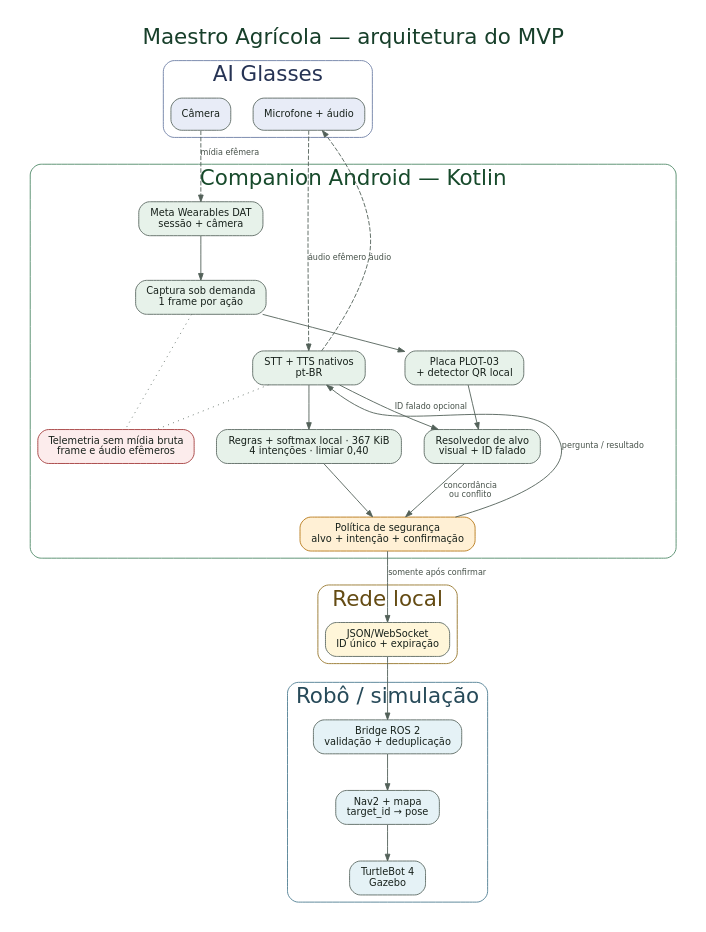
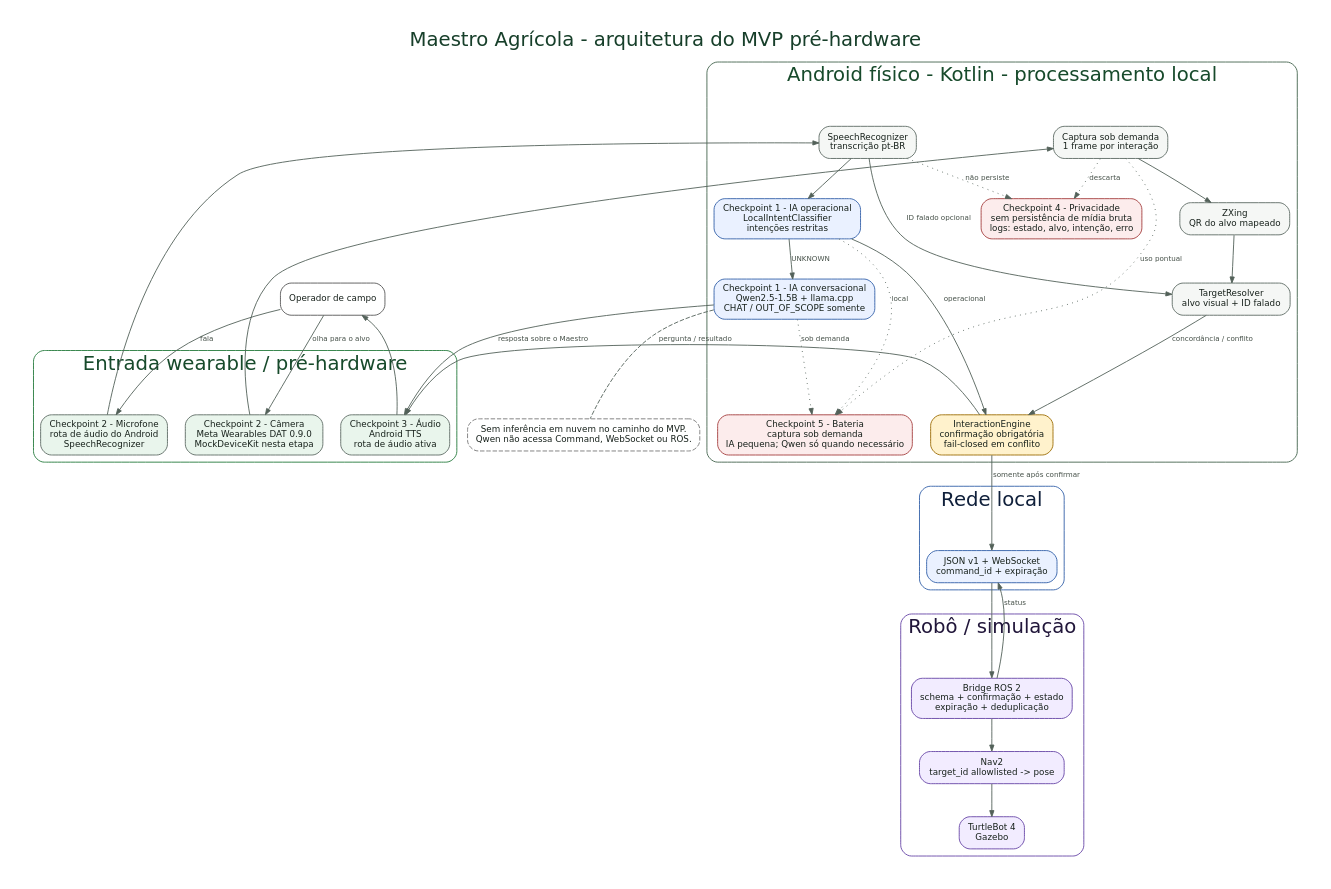
One commit to vvvvvdal/maestro-agricola changed the diagram in docs/submission/architecture.dot. Above: the diagram before and after it, drawn with Graphviz. The commit also changed 3 other files, not shown here.

```diff
--- a/docs/submission/architecture.dot
+++ b/docs/submission/architecture.dot
@@ -1,48 +1,63 @@
 digraph MaestroAgricola {
-  graph [rankdir=TB, bgcolor="white", pad="0.25", nodesep="0.35", ranksep="0.55", fontname="DejaVu Sans", labelloc="t", label="Maestro Agrícola — arquitetura do MVP", fontsize=24, fontcolor="#173F2A"];
-  node [shape=box, style="rounded,filled", fontname="DejaVu Sans", fontsize=11, margin="0.16,0.10", color="#5D6A63", fontcolor="#17211B"];
-  edge [fontname="DejaVu Sans", fontsize=9, color="#536159", fontcolor="#465149", arrowsize=0.75];
+  graph [rankdir=TB, bgcolor="white", pad="0.30", nodesep="0.28", ranksep="0.50", fontname="DejaVu Sans", labelloc="t", label="Maestro Agrícola - arquitetura do MVP pré-hardware", fontsize=22, fontcolor="#173F2A"];
+  node [shape=box, style="rounded,filled", fontname="DejaVu Sans", fontsize=9.8, margin="0.14,0.09", color="#5D6A63", fontcolor="#17211B"];
+  edge [fontname="DejaVu Sans", fontsize=8.0, color="#536159", fontcolor="#465149", arrowsize=0.68];
 
-  subgraph cluster_glasses {
-    label="AI Glasses"; color="#6F7FA6"; fontcolor="#263354"; style="rounded";
-    CAM [label="Câmera", fillcolor="#E8ECF7"];
-    AUD [label="Microfone + áudio", fillcolor="#E8ECF7"];
+  U [label="Operador de campo", fillcolor="#FFFFFF", color="#555555"];
+
+  subgraph cluster_wearable {
+    label="Entrada wearable / pré-hardware"; color="#237A3B"; fontcolor="#174A2B"; style="rounded";
+    CAM [label="Checkpoint 2 - Câmera\nMeta Wearables DAT 0.9.0\nMockDeviceKit nesta etapa", fillcolor="#E9F5EC"];
+    MIC [label="Checkpoint 2 - Microfone\nrota de áudio do Android\nSpeechRecognizer", fillcolor="#E9F5EC"];
+    OUT [label="Checkpoint 3 - Áudio\nAndroid TTS\nrota de áudio ativa", fillcolor="#E9F5EC"];
   }
 
-  subgraph cluster_mobile {
-    label="Companion Android — Kotlin"; color="#4F8A68"; fontcolor="#174A2B"; style="rounded";
-    DAT [label="Meta Wearables DAT\nsessão + câmera", fillcolor="#E7F2EA"];
-    FRAME [label="Captura sob demanda\n1 frame por ação", fillcolor="#E7F2EA"];
-    QR [label="Placa PLOT-03\n+ detector QR local", fillcolor="#E7F2EA"];
-    VOICE [label="STT + TTS nativos\npt-BR", fillcolor="#E7F2EA"];
-    AI [label="Regras + softmax local · 367 KiB\n4 intenções · limiar 0,40", fillcolor="#E7F2EA"];
-    TARGET [label="Resolvedor de alvo\nvisual + ID falado", fillcolor="#E7F2EA"];
-    FSM [label="Política de segurança\nalvo + intenção + confirmação", fillcolor="#FFF0D5", color="#B77816"];
-    PRIV [label="Telemetria sem mídia bruta\nframe e áudio efêmeros", fillcolor="#FCECEC", color="#A33C3C"];
+  subgraph cluster_android {
+    label="Android físico - Kotlin - processamento local"; color="#43634D"; fontcolor="#174A2B"; style="rounded";
+    FRAME [label="Captura sob demanda\n1 frame por interação", fillcolor="#F5F7F5"];
+    QR [label="ZXing\nQR do alvo mapeado", fillcolor="#F5F7F5"];
+    STT [label="SpeechRecognizer\ntranscrição pt-BR", fillcolor="#F5F7F5"];
+    OPAI [label="Checkpoint 1 - IA operacional\nLocalIntentClassifier\nintenções restritas", fillcolor="#EAF1FF", color="#315FA8"];
+    TARGET [label="TargetResolver\nalvo visual + ID falado", fillcolor="#F5F7F5"];
+    SAFE [label="InteractionEngine\nconfirmação obrigatória\nfail-closed em conflito", fillcolor="#FFF2CC", color="#9A6A00"];
+    QWEN [label="Checkpoint 1 - IA conversacional\nQwen2.5-1.5B + llama.cpp\nCHAT / OUT_OF_SCOPE somente", fillcolor="#EAF1FF", color="#315FA8"];
+    PRIV [label="Checkpoint 4 - Privacidade\nsem persistência de mídia bruta\nlogs: estado, alvo, intenção, erro", fillcolor="#FCECEC", color="#A33C3C"];
+    BATT [label="Checkpoint 5 - Bateria\ncaptura sob demanda\nIA pequena; Qwen só quando necessário", fillcolor="#FCECEC", color="#A33C3C"];
   }
 
   subgraph cluster_network {
-    label="Rede local"; color="#96752A"; fontcolor="#644B13"; style="rounded";
-    WS [label="JSON/WebSocket\nID único + expiração", fillcolor="#FFF6D9"];
+    label="Rede local"; color="#315FA8"; fontcolor="#10203B"; style="rounded";
+    WS [label="JSON v1 + WebSocket\ncommand_id + expiração", fillcolor="#EAF1FF", color="#315FA8"];
   }
 
   subgraph cluster_robot {
-    label="Robô / simulação"; color="#4F7E92"; fontcolor="#274A59"; style="rounded";
-    BRIDGE [label="Bridge ROS 2\nvalidação + deduplicação", fillcolor="#E5F2F6"];
-    NAV [label="Nav2 + mapa\ntarget_id → pose", fillcolor="#E5F2F6"];
-    TB4 [label="TurtleBot 4\nGazebo", fillcolor="#E5F2F6"];
+    label="Robô / simulação"; color="#6644A6"; fontcolor="#21163A"; style="rounded";
+    BR [label="Bridge ROS 2\nschema + confirmação + estado\nexpiração + deduplicação", fillcolor="#F2ECFF", color="#6644A6"];
+    NAV [label="Nav2\ntarget_id allowlisted -> pose", fillcolor="#F2ECFF", color="#6644A6"];
+    TB [label="TurtleBot 4\nGazebo", fillcolor="#F2ECFF", color="#6644A6"];
   }
 
-  CAM -> DAT [style=dashed, label="mídia efêmera"];
-  DAT -> FRAME -> QR -> TARGET;
-  AUD -> VOICE [style=dashed, label="áudio efêmero"];
-  VOICE -> AI -> FSM;
-  VOICE -> TARGET [label="ID falado opcional"];
-  TARGET -> FSM [label="concordância\nou conflito"];
-  FSM -> VOICE [label="pergunta / resultado", constraint=false];
-  VOICE -> AUD [style=dashed, label="áudio", constraint=false];
-  FSM -> WS [label="somente após confirmar"];
-  WS -> BRIDGE -> NAV -> TB4;
-  FRAME -> PRIV [style=dotted, arrowhead=none];
-  VOICE -> PRIV [style=dotted, arrowhead=none];
+  NOTE [label="Sem inferência em nuvem no caminho do MVP.\nQwen não acessa Command, WebSocket ou ROS.", fillcolor="#FFFFFF", color="#777777", style="rounded,dashed"];
+
+  U -> CAM [label="olha para o alvo"];
+  CAM -> FRAME -> QR -> TARGET;
+  U -> MIC [label="fala"];
+  MIC -> STT -> OPAI;
+  STT -> TARGET [label="ID falado opcional"];
+  OPAI -> SAFE [label="operacional"];
+  OPAI -> QWEN [label="UNKNOWN"];
+  TARGET -> SAFE [label="concordância / conflito"];
+  SAFE -> OUT [label="pergunta / resultado"];
+  OUT -> U;
+  QWEN -> OUT [label="resposta sobre o Maestro"];
+  SAFE -> WS [label="somente após confirmar"];
+  WS -> BR -> NAV -> TB;
+  BR -> WS [label="status", constraint=false];
+
+  FRAME -> PRIV [style=dotted, label="descarta"];
+  STT -> PRIV [style=dotted, label="não persiste"];
+  FRAME -> BATT [style=dotted, label="uso pontual"];
+  OPAI -> BATT [style=dotted, label="local"];
+  QWEN -> BATT [style=dotted, label="sob demanda"];
+  QWEN -> NOTE [style=dashed, arrowhead=none];
 }
```
